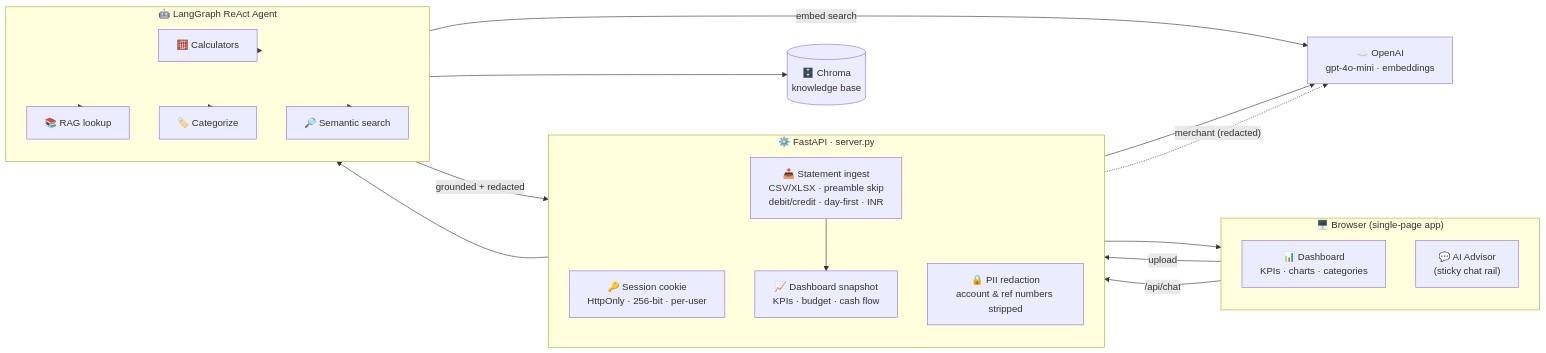
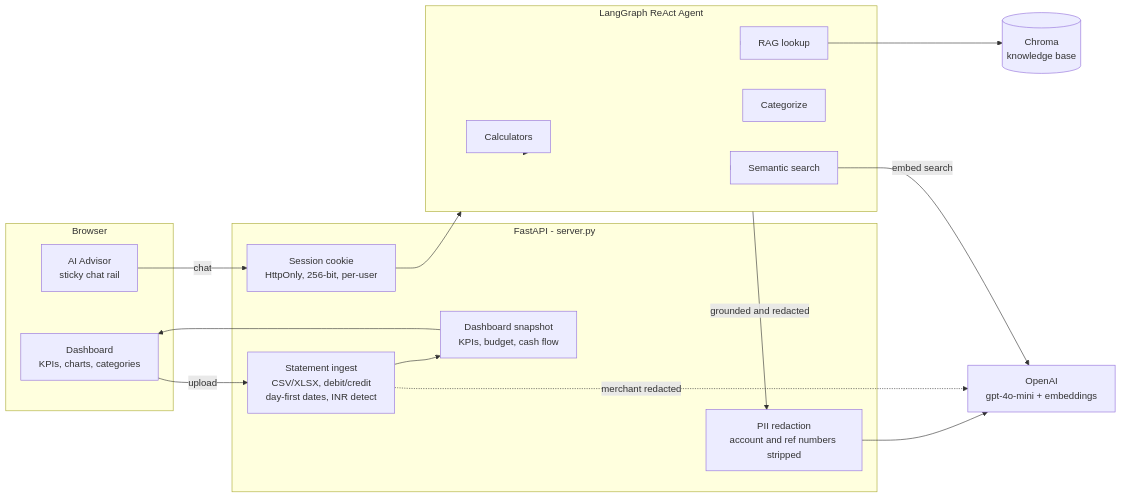
The diagram in README.md (anujdevsingh/financial_genius_agent), drawn with Mermaid before and after one commit.

Commit message:
README: fix Mermaid diagram to render on GitHub (drop emoji, & chaining, parens in labels)

````diff
--- a/README.md
+++ b/README.md
@@ -59,36 +59,39 @@
 ```mermaid
 flowchart LR
-    subgraph Browser["🖥️  Browser (single-page app)"]
-        direction TB
-        UI["📊 Dashboard<br/>KPIs · charts · categories"]
-        Chat["💬 AI Advisor<br/>(sticky chat rail)"]
+    subgraph Browser
+        UI["Dashboard<br/>KPIs, charts, categories"]
+        Chat["AI Advisor<br/>sticky chat rail"]
     end
 
-    subgraph Server["⚙️  FastAPI · server.py"]
-        direction TB
-        Session["🔑 Session cookie<br/>HttpOnly · 256-bit · per-user"]
-        Ingest["📥 Statement ingest<br/>CSV/XLSX · preamble skip<br/>debit/credit · day-first · INR"]
-        Redact["🔒 PII redaction<br/>account & ref numbers stripped"]
-        Snapshot["📈 Dashboard snapshot<br/>KPIs · budget · cash flow"]
+    subgraph Server["FastAPI - server.py"]
+        Session["Session cookie<br/>HttpOnly, 256-bit, per-user"]
+        Ingest["Statement ingest<br/>CSV/XLSX, debit/credit<br/>day-first dates, INR detect"]
+        Redact["PII redaction<br/>account and ref numbers stripped"]
+        Snapshot["Dashboard snapshot<br/>KPIs, budget, cash flow"]
     end
 
-    subgraph Brain["🤖  LangGraph ReAct Agent"]
-        direction TB
-        T1["🧮 Calculators"]
-        T2["📚 RAG lookup"]
-        T3["🏷️ Categorize"]
-        T4["🔎 Semantic search"]
+    subgraph Brain["LangGraph ReAct Agent"]
+        T1["Calculators"]
+        T2["RAG lookup"]
+        T3["Categorize"]
+        T4["Semantic search"]
     end
 
-    OpenAI["☁️ OpenAI<br/>gpt-4o-mini · embeddings"]
-    Chroma[("🗄️ Chroma<br/>knowledge base")]
+    OpenAI["OpenAI<br/>gpt-4o-mini + embeddings"]
+    Chroma[("Chroma<br/>knowledge base")]
 
-    UI -- "upload" --> Ingest
-    Ingest --> Snapshot --> UI
-    Chat -- "/api/chat" --> Session --> Brain
-    Brain --> T1 & T2 & T3 & T4
-    Brain -- "grounded + redacted" --> Redact --> OpenAI
-    Ingest -. "merchant (redacted)" .-> OpenAI
+    UI -->|upload| Ingest
+    Ingest --> Snapshot
+    Snapshot --> UI
+    Chat -->|chat| Session
+    Session --> Brain
+    Brain --> T1
+    Brain --> T2
+    Brain --> T3
+    Brain --> T4
+    Brain -->|grounded and redacted| Redact
+    Redact --> OpenAI
+    Ingest -.->|merchant redacted| OpenAI
     T2 --> Chroma
-    T4 -- "embed search" --> OpenAI
+    T4 -->|embed search| OpenAI
 ```
````
